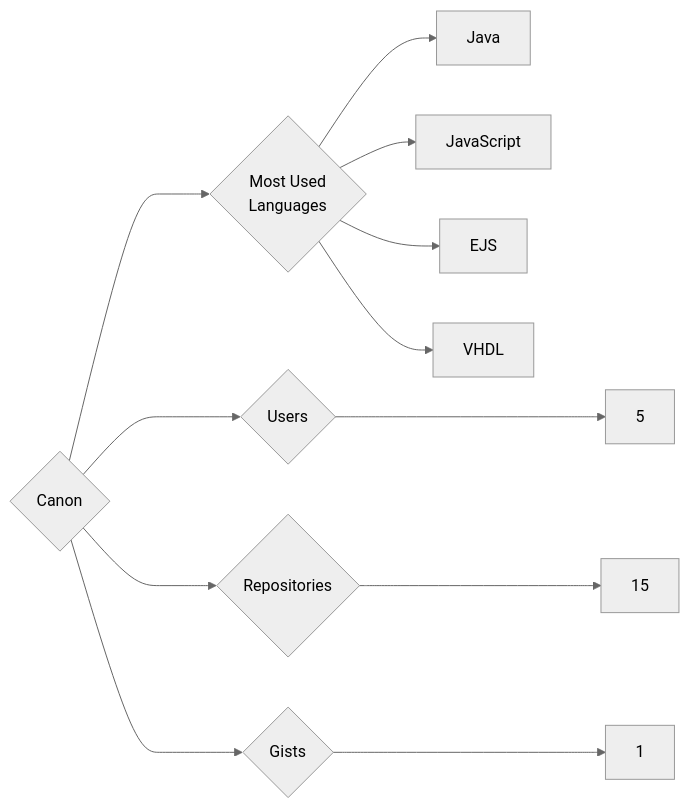
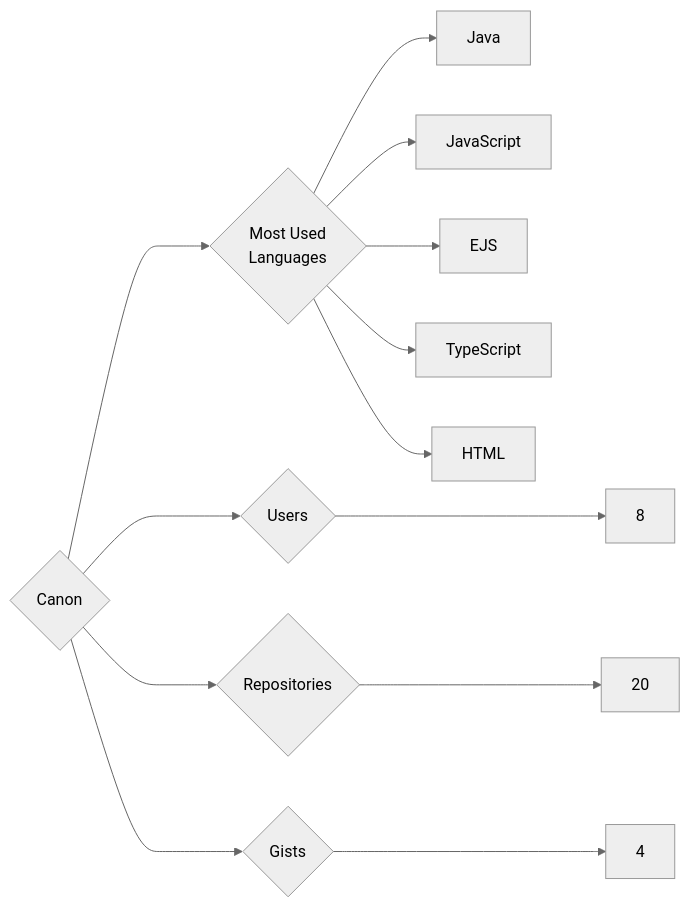
One commit to trickest/insiders changed the diagram in targets/Canon/README.md. Above: the diagram before and after it, drawn with Mermaid (neutral theme). The commit also changed 826 other files, not shown here.

````diff
--- a/targets/Canon/README.md
+++ b/targets/Canon/README.md
@@ -3,12 +3,13 @@
 ```mermaid
 graph LR
 COMPANY_NAME{Canon}
-COMPANY_NAME ---> U{Users} ---> UN[5]
-COMPANY_NAME ---> R{Repositories} ---> RN[15]
-COMPANY_NAME ---> G{Gists} ---> GN[1]
+COMPANY_NAME ---> U{Users} ---> UN[8]
+COMPANY_NAME ---> R{Repositories} ---> RN[20]
+COMPANY_NAME ---> G{Gists} ---> GN[4]
 COMPANY_NAME ---> ML{Most Used<br>Languages}
 ML --> Java[Java]
 ML --> JavaScript[JavaScript]
 ML --> EJS[EJS]
-ML --> VHDL[VHDL]
+ML --> TypeScript[TypeScript]
+ML --> HTML[HTML]
 ```
````
